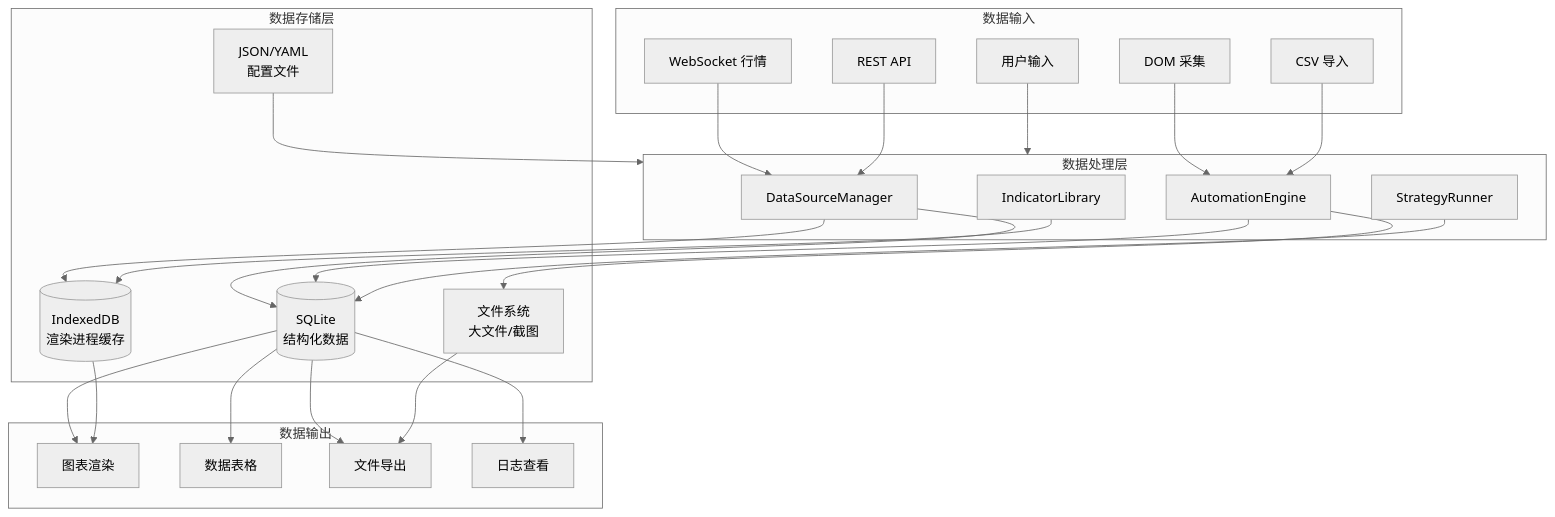
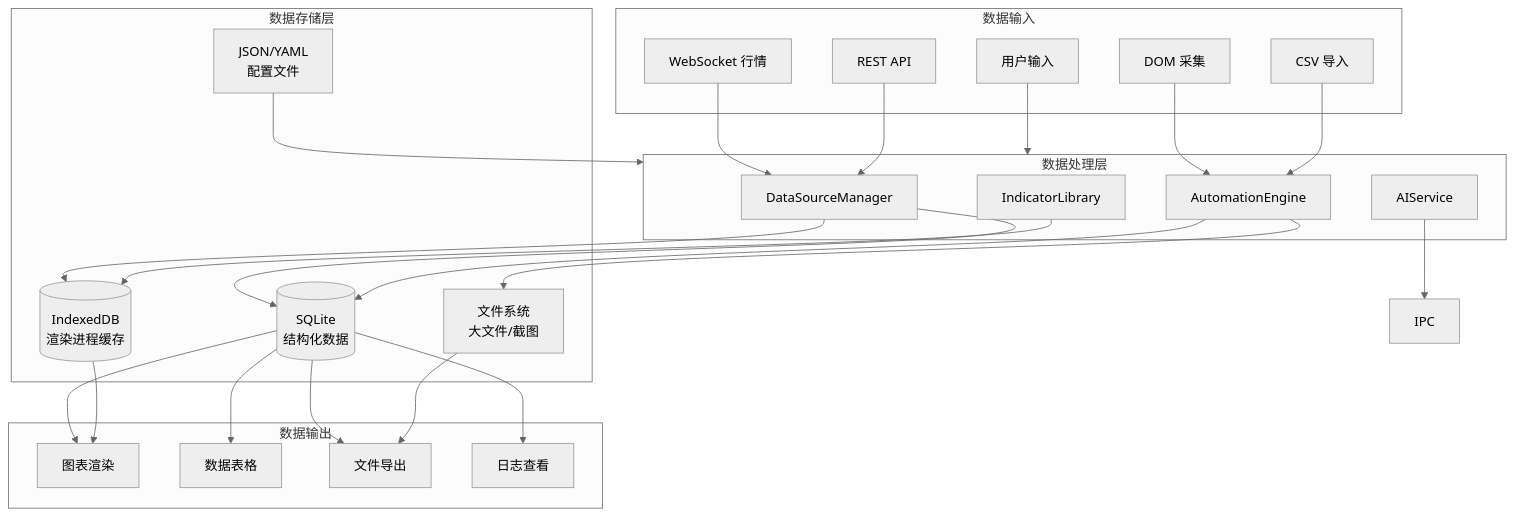
One commit to Oracle0703/yclaw changed the eighth of 9 diagrams in docs/architecture.md. Above: the diagram before and after it, drawn with Mermaid (neutral theme). The commit also changed other lines of this file and 29 other files, not shown here.

````diff
--- a/docs/architecture.md
+++ b/docs/architecture.md
@@ -349,52 +374,52 @@
 ```mermaid
 graph TB
     subgraph Input["数据输入"]
         WS[WebSocket 行情]
         REST[REST API]
         DOM[DOM 采集]
         CSV[CSV 导入]
         USER[用户输入]
     end
 
     subgraph Processing["数据处理层"]
         DSM[DataSourceManager]
         AE[AutomationEngine]
         IL[IndicatorLibrary]
-        SR[StrategyRunner]
+        AIS2[AIService]
     end
 
     subgraph Storage["数据存储层"]
         SQLite[(SQLite<br/>结构化数据)]
         FileStore[文件系统<br/>大文件/截图]
         IDB[(IndexedDB<br/>渲染进程缓存)]
         ConfigFile[JSON/YAML<br/>配置文件]
     end
 
     subgraph Output["数据输出"]
         Chart[图表渲染]
         Table[数据表格]
         Export[文件导出]
         LogView[日志查看]
     end
 
     WS --> DSM
     REST --> DSM
     DOM --> AE
     CSV --> AE
     USER --> Processing
 
     DSM --> SQLite
     DSM --> IDB
     AE --> SQLite
     AE --> FileStore
     IL --> IDB
-    SR --> SQLite
+    AIS2 --> IPC
 
     SQLite --> Chart
     SQLite --> Table
     SQLite --> Export
     FileStore --> Export
     IDB --> Chart
     ConfigFile --> Processing
     SQLite --> LogView
 ```
````
